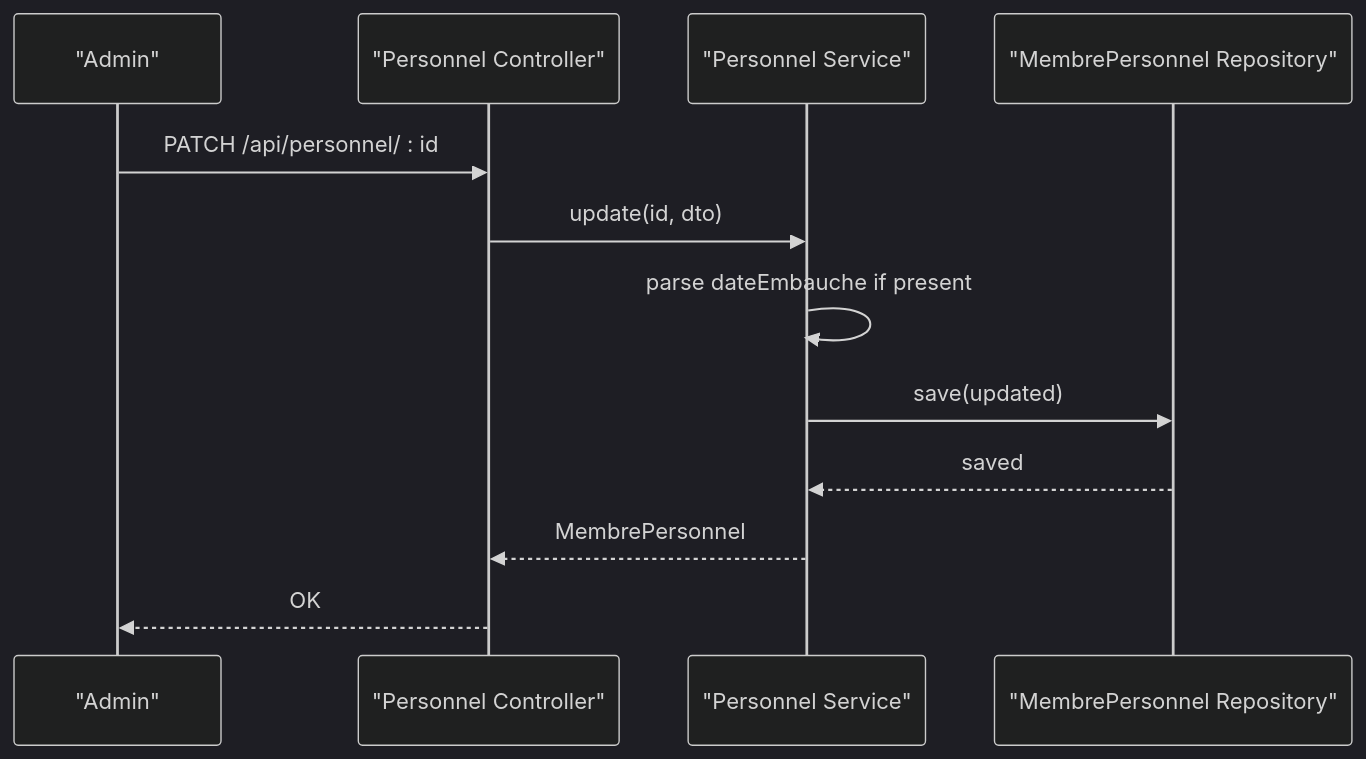
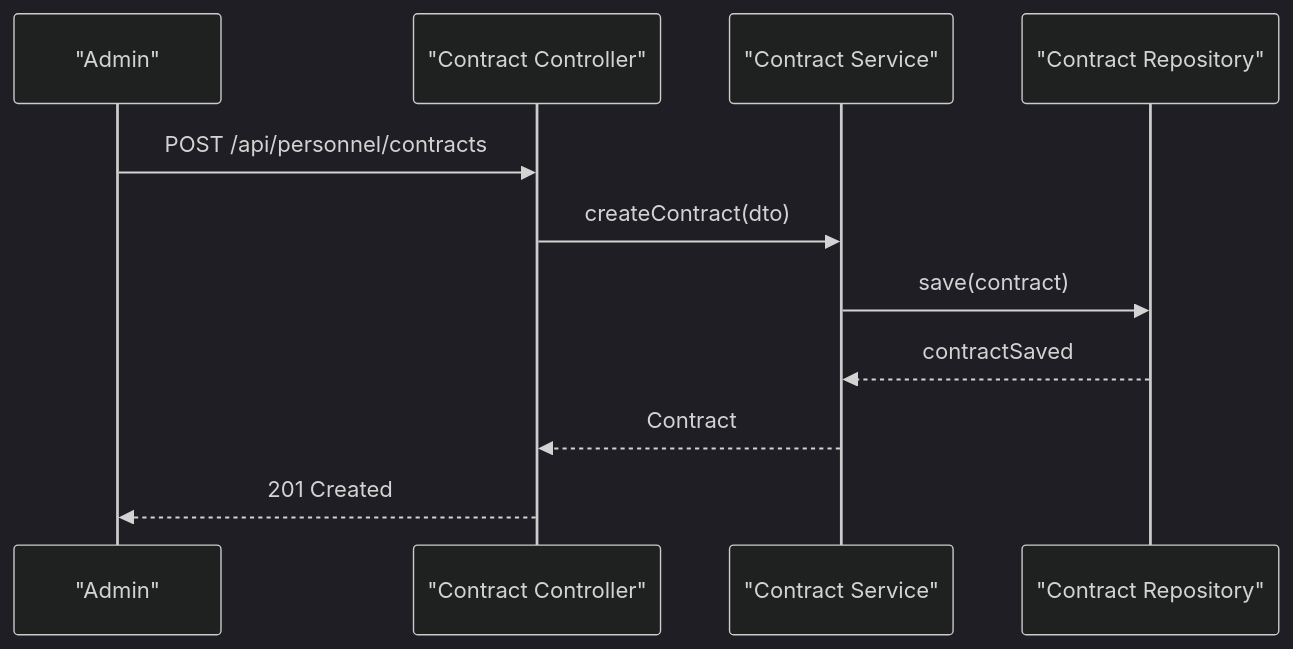
One commit to franckylab/eLISAschool changed the sixth of 8 diagrams in .qoder/repowiki/en/content/Modules & Features/Administrative Modules/Personnel & Human Resources.md. Above: the diagram before and after it, drawn with Mermaid (dark theme). The commit also changed other lines of this file and 236 other files, not shown here.

````diff
--- a/.qoder/repowiki/en/content/Modules & Features/Administrative Modules/Personnel & Human Resources.md
+++ b/.qoder/repowiki/en/content/Modules & Features/Administrative Modules/Personnel & Human Resources.md
@@ -323,14 +449,13 @@
 ```mermaid
 sequenceDiagram
 participant Admin as "Admin"
-participant PCtrl as "Personnel Controller"
-participant PSvc as "Personnel Service"
-participant PRepo as "MembrePersonnel Repository"
-Admin->>PCtrl : PATCH /api/personnel/ : id
-PCtrl->>PSvc : update(id, dto)
-PSvc->>PSvc : parse dateEmbauche if present
-PSvc->>PRepo : save(updated)
-PRepo-->>PSvc : saved
-PSvc-->>PCtrl : MembrePersonnel
-PCtrl-->>Admin : OK
+participant CCtrl as "Contract Controller"
+participant CSvc as "Contract Service"
+participant CRepo as "Contract Repository"
+Admin->>CCtrl : POST /api/personnel/contracts
+CCtrl->>CSvc : createContract(dto)
+CSvc->>CRepo : save(contract)
+CRepo-->>CSvc : contractSaved
+CSvc-->>CCtrl : Contract
+CCtrl-->>Admin : 201 Created
 ```
````
